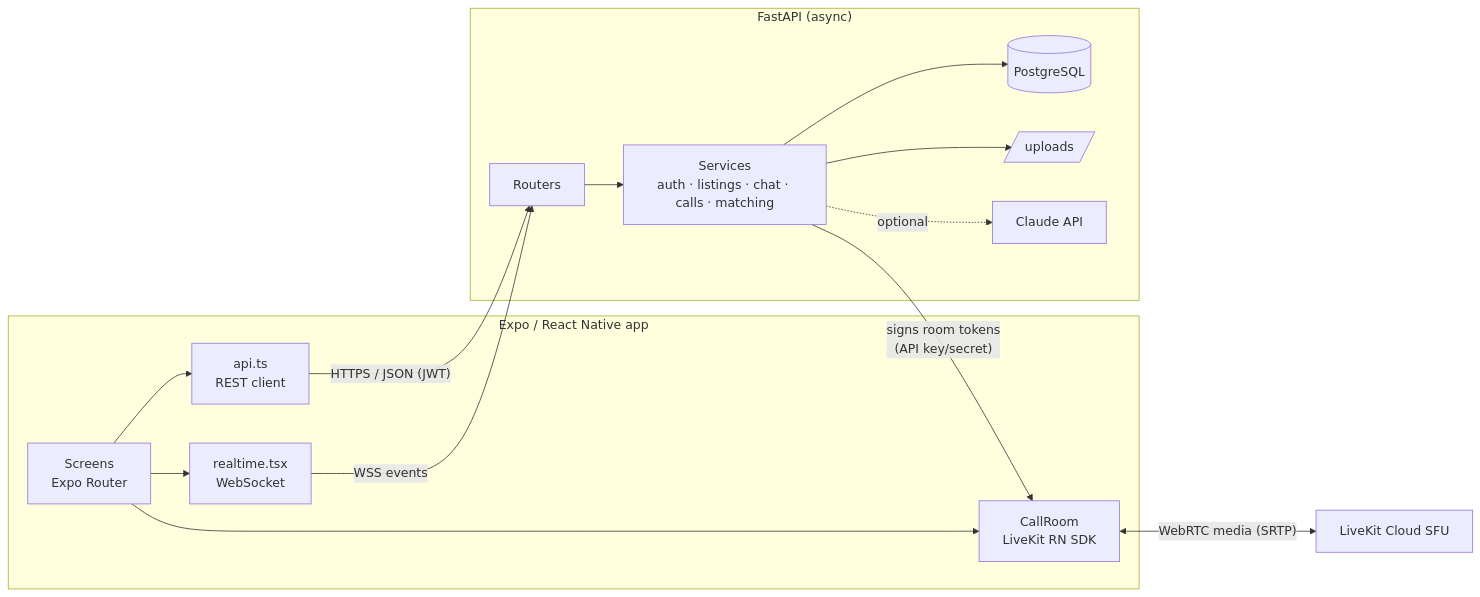
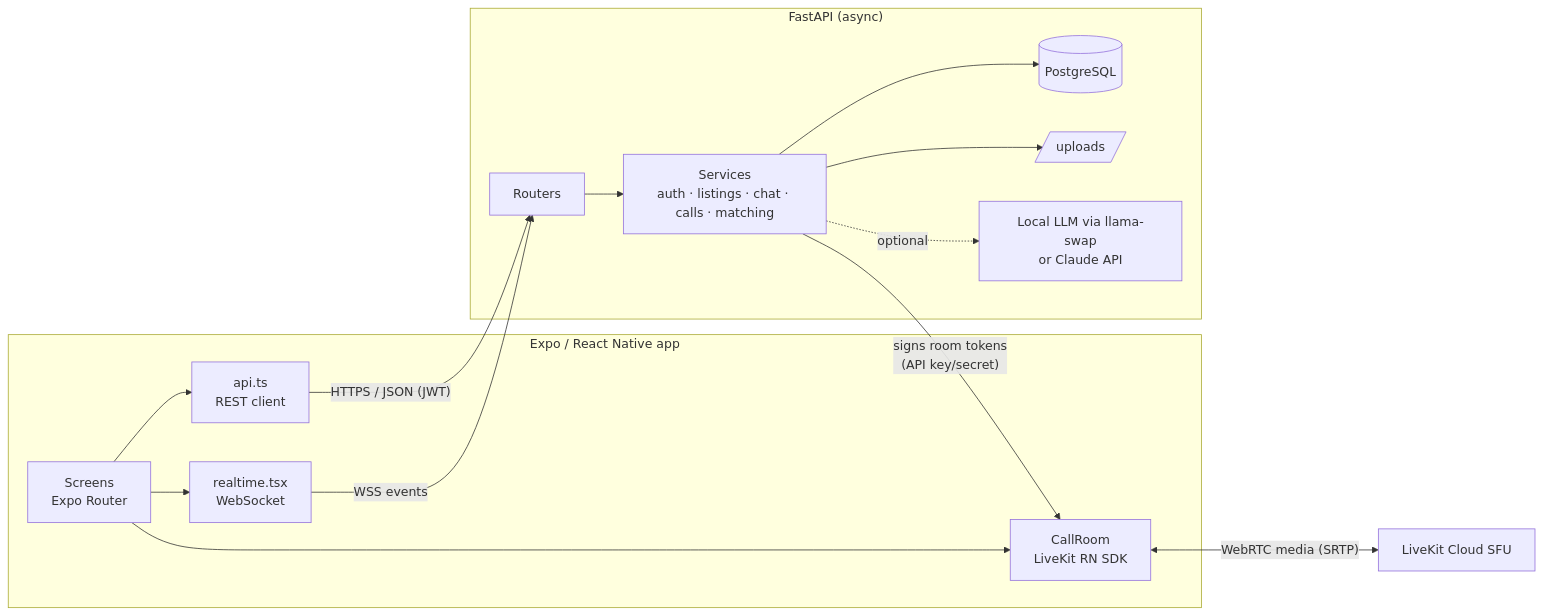
Before and after one commit to yashmakwana0702/landconnect: the first of 2 diagrams in docs/ARCHITECTURE.md, drawn with Mermaid. The commit also changed other lines of this file and 2 other files, not shown here.

Commit message:
Docs: local LLM matching, live demo URL and hosting

````diff
--- a/docs/ARCHITECTURE.md
+++ b/docs/ARCHITECTURE.md
@@ -5,18 +5,18 @@
 ```mermaid
 flowchart LR
   subgraph Phone["Expo / React Native app"]
     UI[Screens<br/>Expo Router] --> API[api.ts<br/>REST client]
     UI --> RT[realtime.tsx<br/>WebSocket]
     UI --> LK[CallRoom<br/>LiveKit RN SDK]
   end
   API -- "HTTPS / JSON (JWT)" --> FA
   RT -- "WSS events" --> FA
   subgraph Server["FastAPI (async)"]
     FA[Routers] --> SV[Services<br/>auth · listings · chat · calls · matching]
     SV --> PG[(PostgreSQL)]
     SV --> FS[/uploads/]
-    SV -. "optional" .-> CL[Claude API]
+    SV -. "optional" .-> CL[Local LLM via llama-swap<br/>or Claude API]
   end
   SV -- "signs room tokens<br/>(API key/secret)" --> LK
   LK <-- "WebRTC media (SRTP)" --> LKC[LiveKit Cloud SFU]
 ```
````
